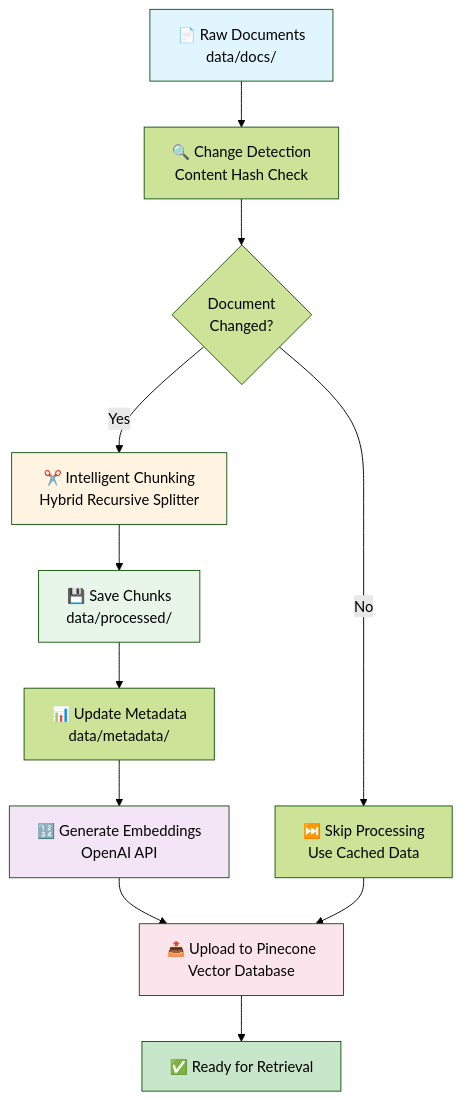
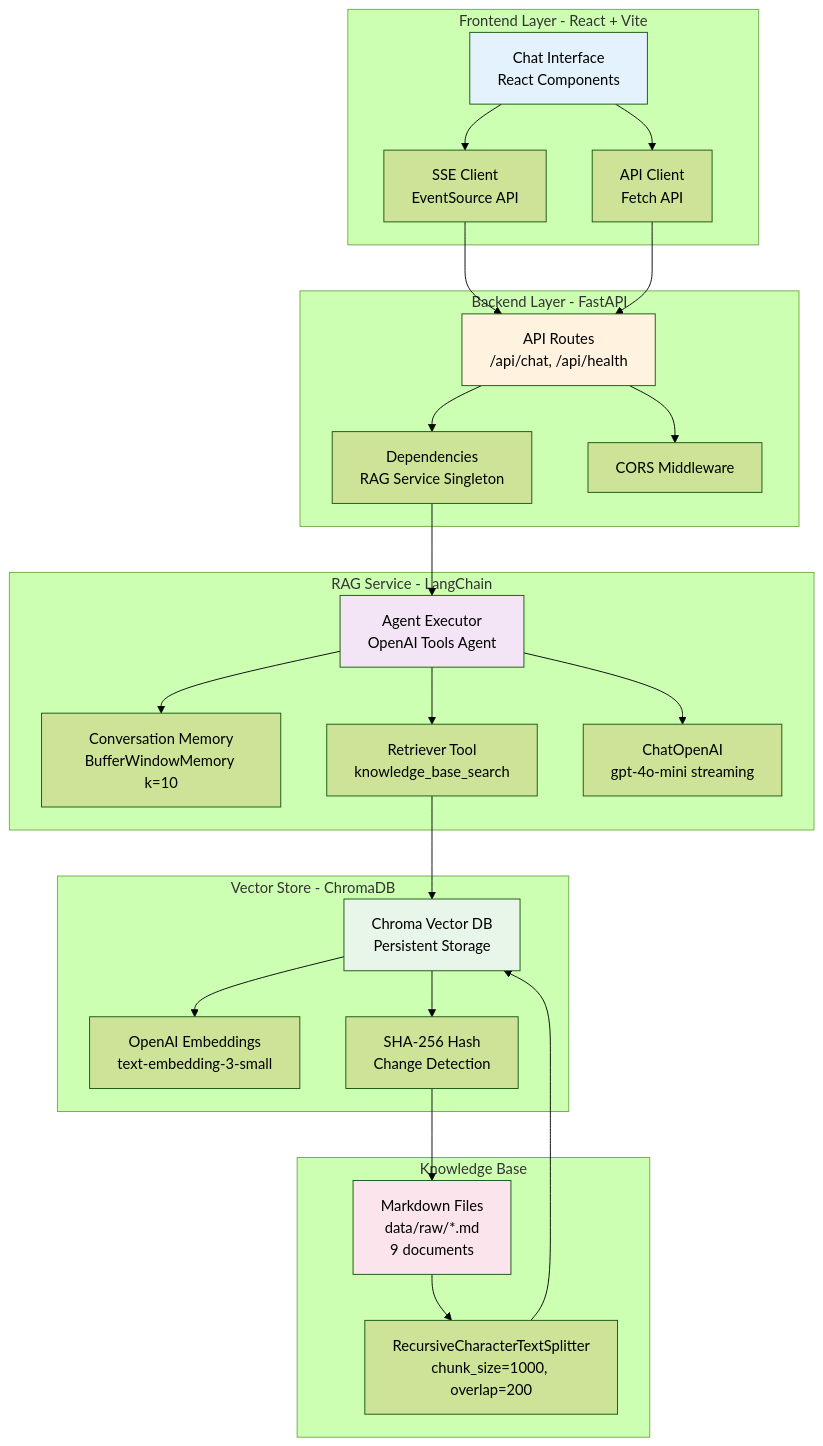
One commit to NinobraV/knowra-onboarding-agent changed the first of 8 diagrams in README.md. Above: the diagram before and after it, drawn with Mermaid (forest theme). The commit also changed other lines of this file and 76 other files, not shown here.

First line of the commit message:
Refactor: Remove hybrid recursive splitter and related components

````diff
--- a/README.md
+++ b/README.md
@@ -206,20 +60,55 @@
 ```mermaid
 graph TB
-    A[📄 Raw Documents<br/>data/docs/] --> B[🔍 Change Detection<br/>Content Hash Check]
-    B --> C{Document<br/>Changed?}
-    C -->|Yes| D[✂️ Intelligent Chunking<br/>Hybrid Recursive Splitter]
-    C -->|No| E[⏭️ Skip Processing<br/>Use Cached Data]
-    D --> F[💾 Save Chunks<br/>data/processed/]
-    F --> G[📊 Update Metadata<br/>data/metadata/]
-    G --> H[🔢 Generate Embeddings<br/>OpenAI API]
-    H --> I[📤 Upload to Pinecone<br/>Vector Database]
-    E --> I
-    I --> J[✅ Ready for Retrieval]
+    subgraph "Frontend Layer - React + Vite"
+        UI[Chat Interface<br/>React Components]
+        SSE[SSE Client<br/>EventSource API]
+        API_CLIENT[API Client<br/>Fetch API]
+    end
     
-    style A fill:#e1f5ff
-    style D fill:#fff4e1
-    style F fill:#e8f5e9
-    style H fill:#f3e5f5
-    style I fill:#fce4ec
-    style J fill:#c8e6c9
+    subgraph "Backend Layer - FastAPI"
+        ROUTES[API Routes<br/>/api/chat, /api/health]
+        DEPS[Dependencies<br/>RAG Service Singleton]
+        CORS[CORS Middleware]
+    end
+    
+    subgraph "RAG Service - LangChain"
+        AGENT[Agent Executor<br/>OpenAI Tools Agent]
+        MEMORY[Conversation Memory<br/>BufferWindowMemory k=10]
+        TOOL[Retriever Tool<br/>knowledge_base_search]
+        LLM[ChatOpenAI<br/>gpt-4o-mini streaming]
+    end
+    
+    subgraph "Vector Store - ChromaDB"
+        CHROMA[Chroma Vector DB<br/>Persistent Storage]
+        EMBED[OpenAI Embeddings<br/>text-embedding-3-small]
+        HASH[SHA-256 Hash<br/>Change Detection]
+    end
+    
+    subgraph "Knowledge Base"
+        MD[Markdown Files<br/>data/raw/*.md<br/>9 documents]
+        SPLITTER[RecursiveCharacterTextSplitter<br/>chunk_size=1000, overlap=200]
+    end
+    
+    UI --> SSE
+    UI --> API_CLIENT
+    SSE --> ROUTES
+    API_CLIENT --> ROUTES
+    ROUTES --> CORS
+    ROUTES --> DEPS
+    DEPS --> AGENT
+    AGENT --> MEMORY
+    AGENT --> TOOL
+    AGENT --> LLM
+    TOOL --> CHROMA
+    CHROMA --> EMBED
+    CHROMA --> HASH
+    HASH --> MD
+    MD --> SPLITTER
+    SPLITTER --> CHROMA
+    
+    style UI fill:#e3f2fd
+    style ROUTES fill:#fff3e0
+    style AGENT fill:#f3e5f5
+    style CHROMA fill:#e8f5e9
+    style MD fill:#fce4ec
 ```
````
